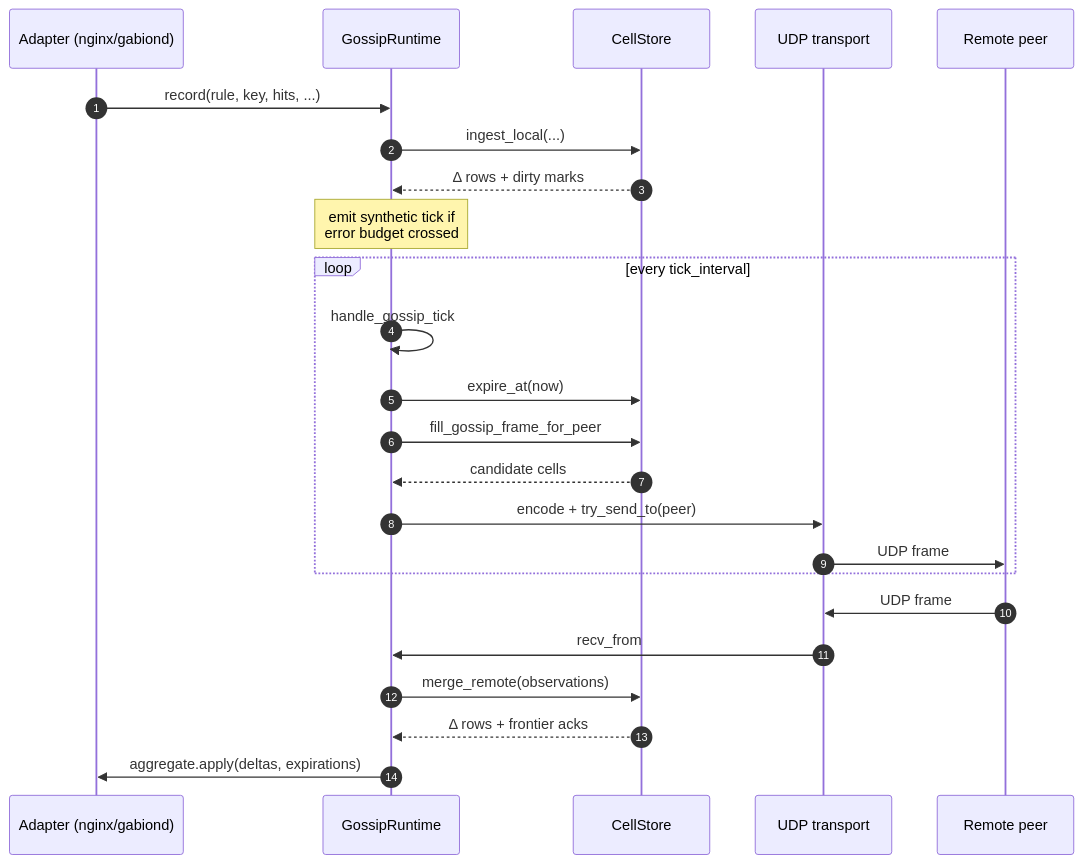
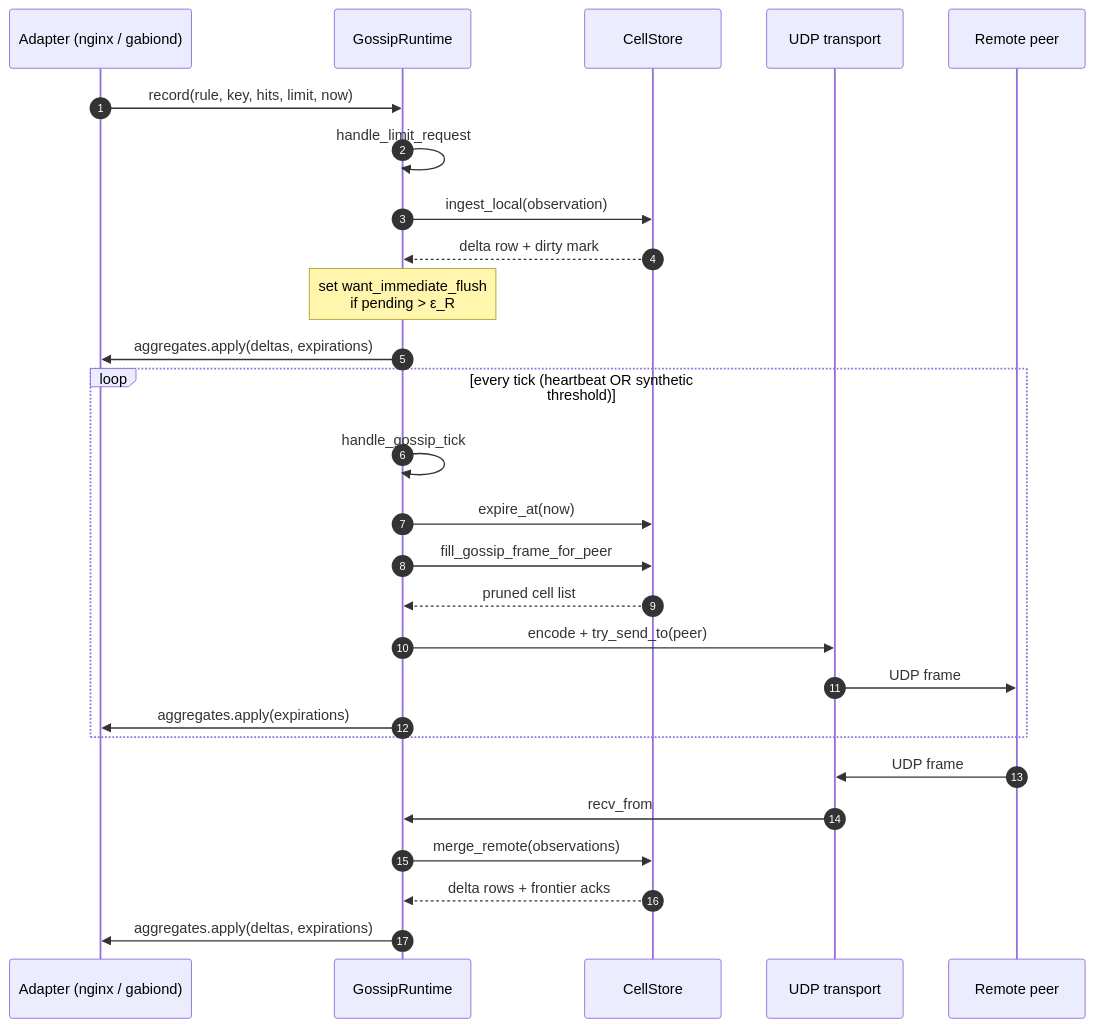
One commit to prosody-events/gabion changed the first of 2 diagrams in crates/gabion/README.md. Above: the diagram before and after it, drawn with Mermaid. The commit also changed other lines of this file and 7 other files, not shown here.

````diff
--- a/crates/gabion/README.md
+++ b/crates/gabion/README.md
@@ -127,29 +162,32 @@
 ```mermaid
 sequenceDiagram
     autonumber
-    participant Adapter as Adapter (nginx/gabiond)
+    participant Adapter as Adapter (nginx / gabiond)
     participant Runtime as GossipRuntime
-    participant CellStore as CellStore
-    participant Transport as UDP transport
+    participant Store as CellStore
+    participant Tx as UDP transport
     participant Peer as Remote peer
 
-    Adapter->>Runtime: record(rule, key, hits, ...)
-    Runtime->>CellStore: ingest_local(...)
-    CellStore-->>Runtime: Δ rows + dirty marks
-    Note over Runtime: emit synthetic tick if<br/>error budget crossed
+    Adapter->>Runtime: record(rule, key, hits, limit, now)
+    Runtime->>Runtime: handle_limit_request
+    Runtime->>Store: ingest_local(observation)
+    Store-->>Runtime: delta row + dirty mark
+    Note over Runtime: set want_immediate_flush<br/>if pending > ε_R
+    Runtime->>Adapter: aggregates.apply(deltas, expirations)
 
-    loop every tick_interval
+    loop every tick (heartbeat OR synthetic threshold)
         Runtime->>Runtime: handle_gossip_tick
-        Runtime->>CellStore: expire_at(now)
-        Runtime->>CellStore: fill_gossip_frame_for_peer
-        CellStore-->>Runtime: candidate cells
-        Runtime->>Transport: encode + try_send_to(peer)
-        Transport->>Peer: UDP frame
+        Runtime->>Store: expire_at(now)
+        Runtime->>Store: fill_gossip_frame_for_peer
+        Store-->>Runtime: pruned cell list
+        Runtime->>Tx: encode + try_send_to(peer)
+        Tx->>Peer: UDP frame
+        Runtime->>Adapter: aggregates.apply(expirations)
     end
 
-    Peer->>Transport: UDP frame
-    Transport->>Runtime: recv_from
-    Runtime->>CellStore: merge_remote(observations)
-    CellStore-->>Runtime: Δ rows + frontier acks
-    Runtime->>Adapter: aggregate.apply(deltas, expirations)
+    Peer->>Tx: UDP frame
+    Tx->>Runtime: recv_from
+    Runtime->>Store: merge_remote(observations)
+    Store-->>Runtime: delta rows + frontier acks
+    Runtime->>Adapter: aggregates.apply(deltas, expirations)
 ```
````
